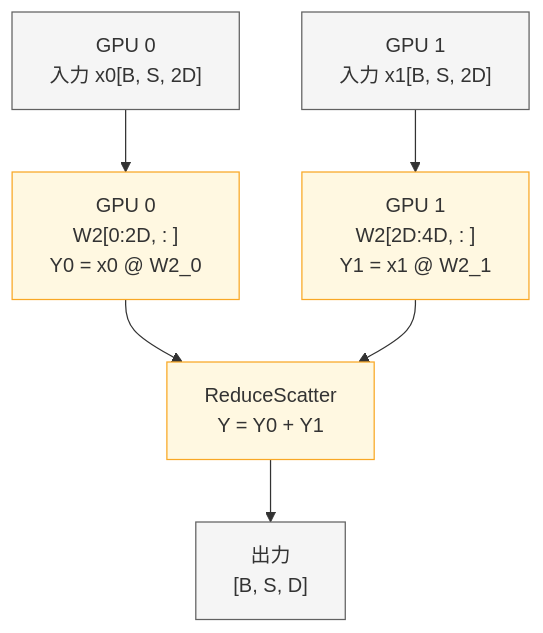
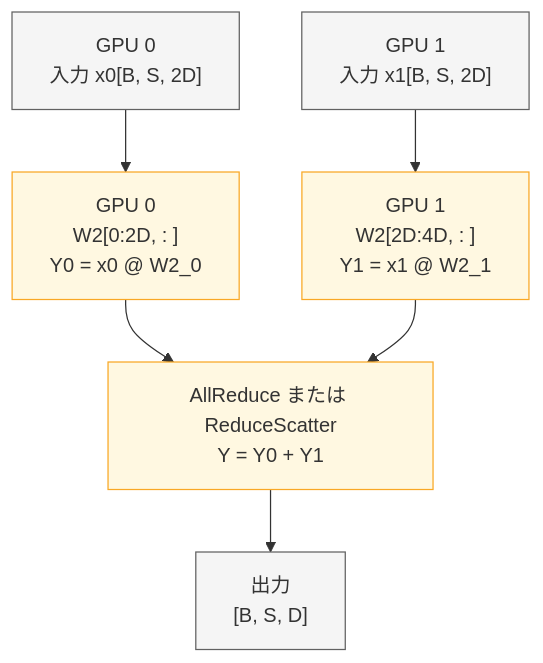
Before and after one commit to littlemex/zenn: the seventh of 20 diagrams in books/ml-distributed-experiment-collection/transformer-distributed-parallelism.md, drawn with Mermaid. The commit also changed other lines of this file, not shown here.

````diff
--- a/books/ml-distributed-experiment-collection/transformer-distributed-parallelism.md
+++ b/books/ml-distributed-experiment-collection/transformer-distributed-parallelism.md
@@ -409,17 +411,17 @@
 ```mermaid
 graph TB
     Input0["GPU 0<br/>入力 x0[B, S, 2D]"] --> GPU0["GPU 0<br/>W2[0:2D, : ]<br/>Y0 = x0 @ W2_0"]
     Input1["GPU 1<br/>入力 x1[B, S, 2D]"] --> GPU1["GPU 1<br/>W2[2D:4D, : ]<br/>Y1 = x1 @ W2_1"]
 
-    GPU0 --> RS["ReduceScatter<br/>Y = Y0 + Y1"]
+    GPU0 --> RS["AllReduce または ReduceScatter<br/>Y = Y0 + Y1"]
     GPU1 --> RS
 
     RS --> Output["出力<br/>[B, S, D]"]
 
     style Input0 fill: #f5f5f5,stroke: #616161
     style Input1 fill: #f5f5f5,stroke: #616161
     style GPU0 fill: #fff8e1,stroke: #f9a825
     style GPU1 fill: #fff8e1,stroke: #f9a825
     style RS fill: #fff8e1,stroke: #f9a825
     style Output fill: #f5f5f5,stroke: #616161
 ```
````
